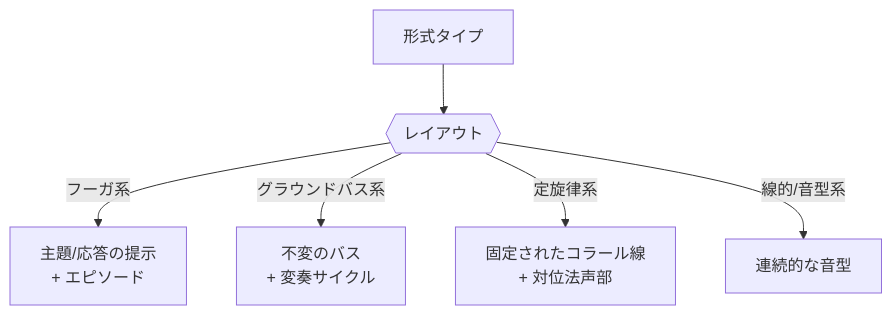
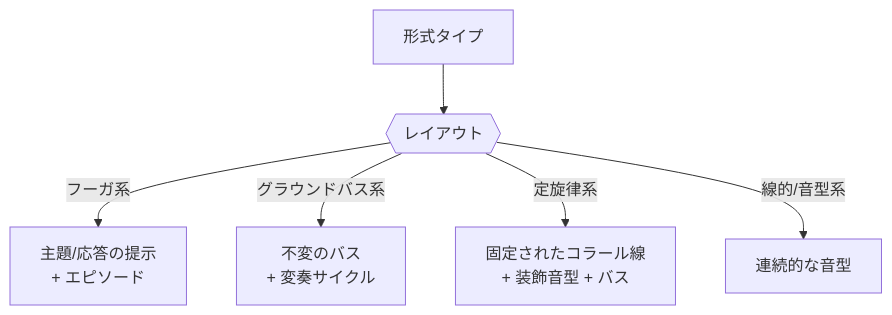
One commit to libraz/midi-sketch-bach-homepage changed the second of 2 diagrams in src/ja/docs/generation-pipeline.md. Above: the diagram before and after it, drawn with Mermaid. The commit also changed other lines of this file and 43 other files, not shown here.

````diff
--- a/src/ja/docs/generation-pipeline.md
+++ b/src/ja/docs/generation-pipeline.md
@@ -42,8 +43,8 @@
 ```mermaid
 graph TD
     A["形式タイプ"] --> B{{"レイアウト"}}
     B -->|"フーガ系"| C["主題/応答の提示<br>+ エピソード"]
     B -->|"グラウンドバス系"| D["不変のバス<br>+ 変奏サイクル"]
-    B -->|"定旋律系"| E["固定されたコラール線<br>+ 対位法声部"]
+    B -->|"定旋律系"| E["固定されたコラール線<br>+ 装飾音型 + バス"]
     B -->|"線的/音型系"| F["連続的な音型"]
 ```
````
